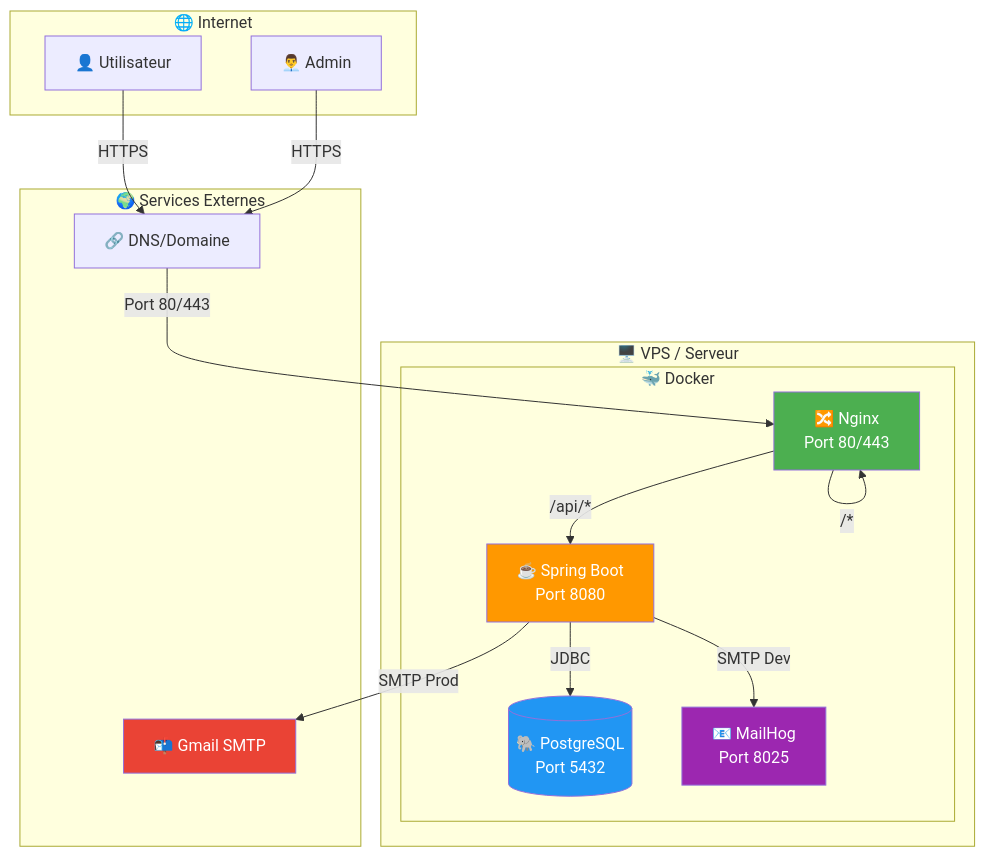
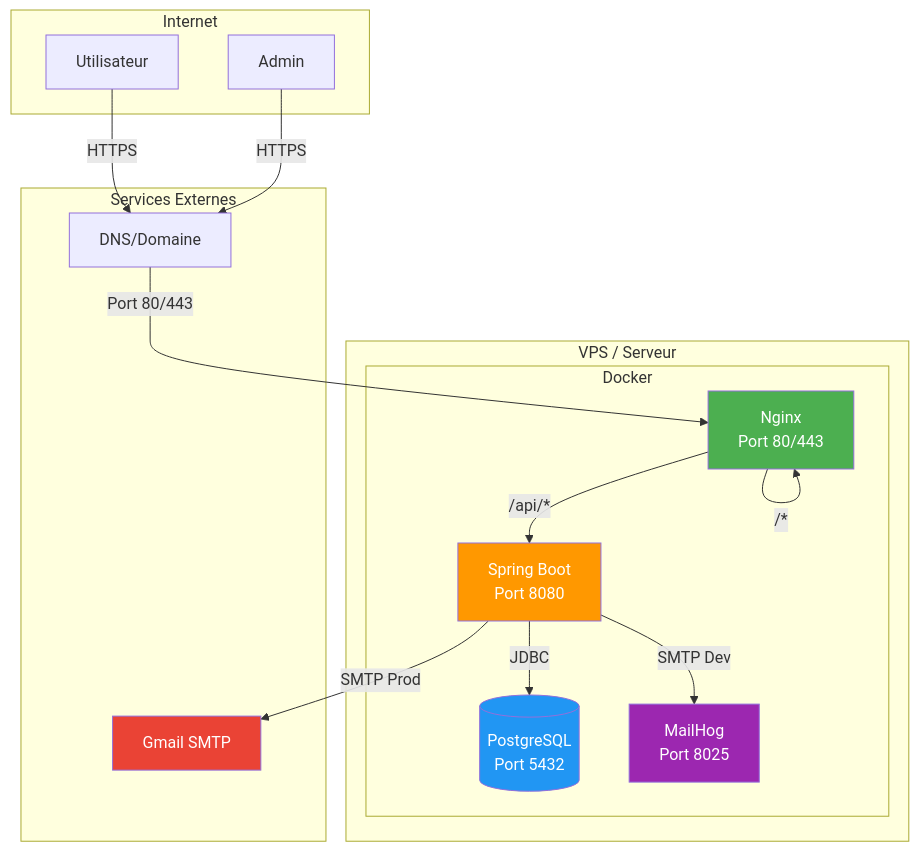
Before and after one commit to hrhouma1/inskillflow-docs-formation-spring-boot-projet-e-contact-backend: the first of 9 diagrams in troubleshooting/20-deploiement-final-et-architecture-mermaid.md, drawn with Mermaid. The commit also changed other lines of this file, not shown here.

````diff
--- a/troubleshooting/20-deploiement-final-et-architecture-mermaid.md
+++ b/troubleshooting/20-deploiement-final-et-architecture-mermaid.md
@@ -38,36 +38,36 @@
 ```mermaid
 graph TB
-    subgraph "🌐 Internet"
-        USER[👤 Utilisateur]
-        ADMIN[👨‍💼 Admin]
+    subgraph "Internet"
+        USER[Utilisateur]
+        ADMIN[Admin]
     end
 
-    subgraph "🖥️ VPS / Serveur"
-        subgraph "🐳 Docker"
-            NGINX[🔀 Nginx<br/>Port 80/443]
-            API[☕ Spring Boot<br/>Port 8080]
-            DB[(🐘 PostgreSQL<br/>Port 5432)]
-            MAIL[📧 MailHog<br/>Port 8025]
+    subgraph "VPS / Serveur"
+        subgraph "Docker"
+            NGINX[Nginx<br/>Port 80/443]
+            API[Spring Boot<br/>Port 8080]
+            DB[(PostgreSQL<br/>Port 5432)]
+            MAIL[MailHog<br/>Port 8025]
         end
     end
 
-    subgraph "🌍 Services Externes"
-        GMAIL[📬 Gmail SMTP]
-        DNS[🔗 DNS/Domaine]
+    subgraph "Services Externes"
+        GMAIL[Gmail SMTP]
+        DNS[DNS/Domaine]
     end
 
     USER -->|HTTPS| DNS
     ADMIN -->|HTTPS| DNS
     DNS -->|Port 80/443| NGINX
     NGINX -->|/api/*| API
     NGINX -->|/*| NGINX
     API -->|JDBC| DB
     API -->|SMTP Dev| MAIL
     API -->|SMTP Prod| GMAIL
 
     style NGINX fill:#4CAF50,color:#fff
     style API fill:#FF9800,color:#fff
     style DB fill:#2196F3,color:#fff
     style MAIL fill:#9C27B0,color:#fff
     style GMAIL fill:#EA4335,color:#fff
 ```
````
